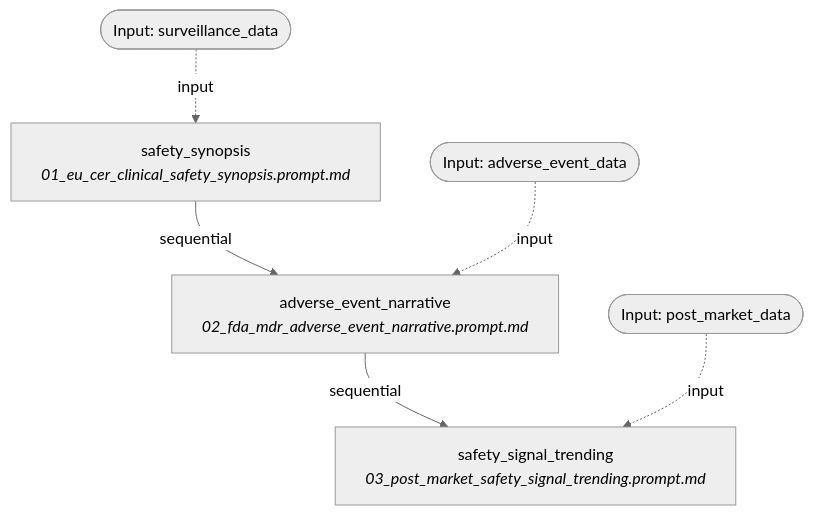
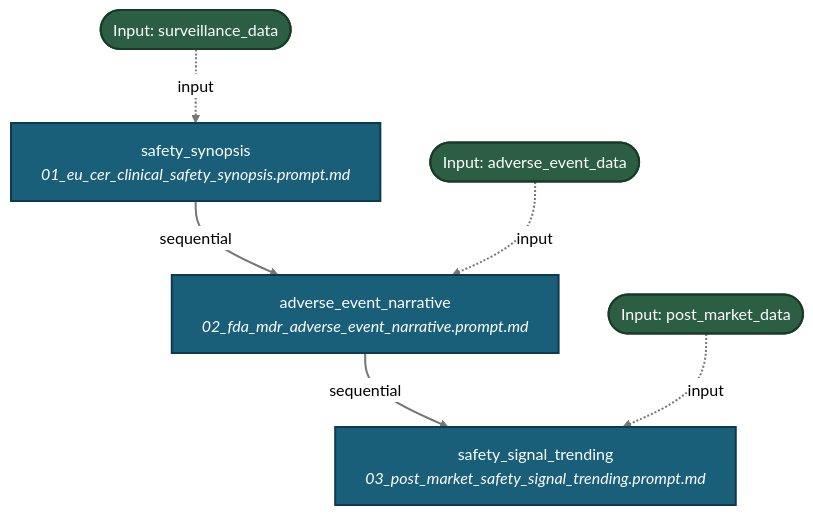
The diagram in docs/workflows/clinical_safety.md (fderuiter/proompts), drawn with Mermaid (neutral theme) before and after one commit. The commit also changed 267 other files, not shown here.

````diff
--- a/docs/workflows/clinical_safety.md
+++ b/docs/workflows/clinical_safety.md
@@ -11,14 +11,17 @@
 ```mermaid
 graph TD
-    INPUT_surveillance_data([Input: surveillance_data])
-    INPUT_adverse_event_data([Input: adverse_event_data])
-    INPUT_post_market_data([Input: post_market_data])
-    safety_synopsis[safety_synopsis<br><i>01_eu_cer_clinical_safety_synopsis.prompt.md</i>]
+    classDef stepNode fill:#1a5f7a,stroke:#0d3a4d,stroke-width:2px,color:#ffffff;
+    classDef inputNode fill:#2c5e43,stroke:#183b27,stroke-width:2px,color:#ffffff;
+    INPUT_surveillance_data([Input: surveillance_data]):::inputNode
+    INPUT_adverse_event_data([Input: adverse_event_data]):::inputNode
+    INPUT_post_market_data([Input: post_market_data]):::inputNode
+    safety_synopsis[safety_synopsis<br><i>01_eu_cer_clinical_safety_synopsis.prompt.md</i>]:::stepNode
     INPUT_surveillance_data -. input .-> safety_synopsis
     safety_synopsis -->|sequential| adverse_event_narrative
-    adverse_event_narrative[adverse_event_narrative<br><i>02_fda_mdr_adverse_event_narrative.prompt.md</i>]
+    adverse_event_narrative[adverse_event_narrative<br><i>02_fda_mdr_adverse_event_narrative.prompt.md</i>]:::stepNode
     INPUT_adverse_event_data -. input .-> adverse_event_narrative
     adverse_event_narrative -->|sequential| safety_signal_trending
-    safety_signal_trending[safety_signal_trending<br><i>03_post_market_safety_signal_trending.prompt.md</i>]
+    safety_signal_trending[safety_signal_trending<br><i>03_post_market_safety_signal_trending.prompt.md</i>]:::stepNode
     INPUT_post_market_data -. input .-> safety_signal_trending
+    linkStyle default stroke:#767676,stroke-width:2px;
 ```
````
